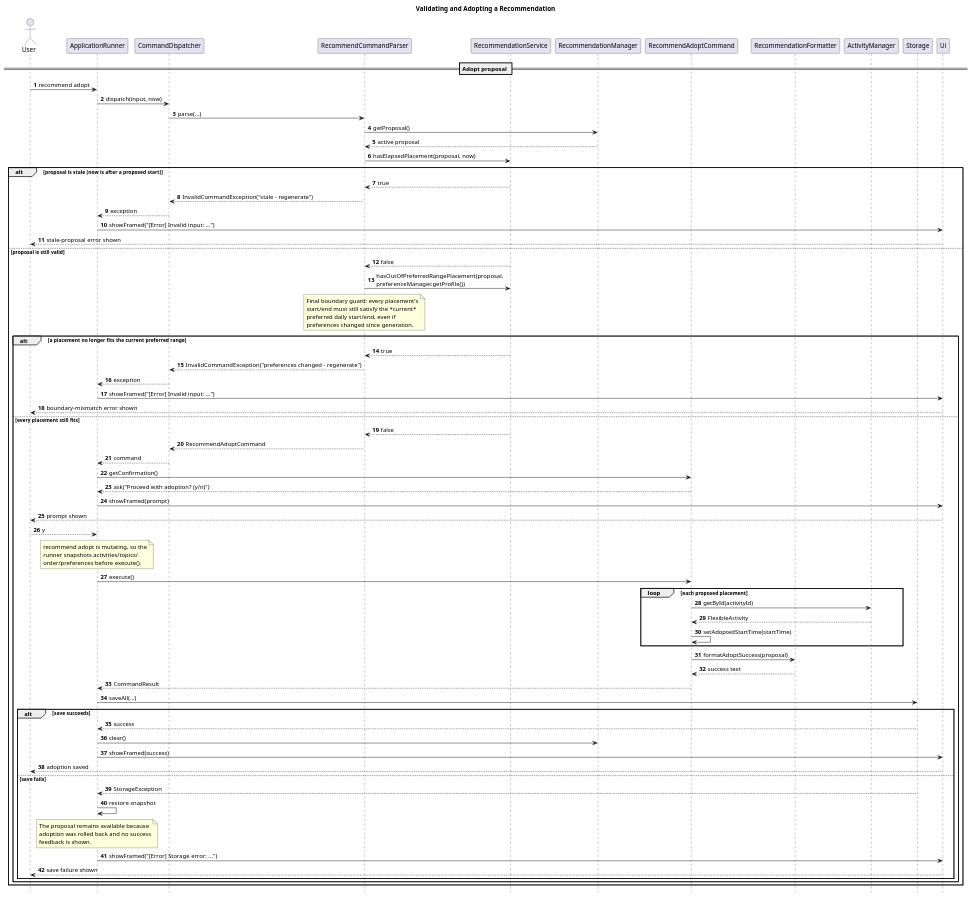
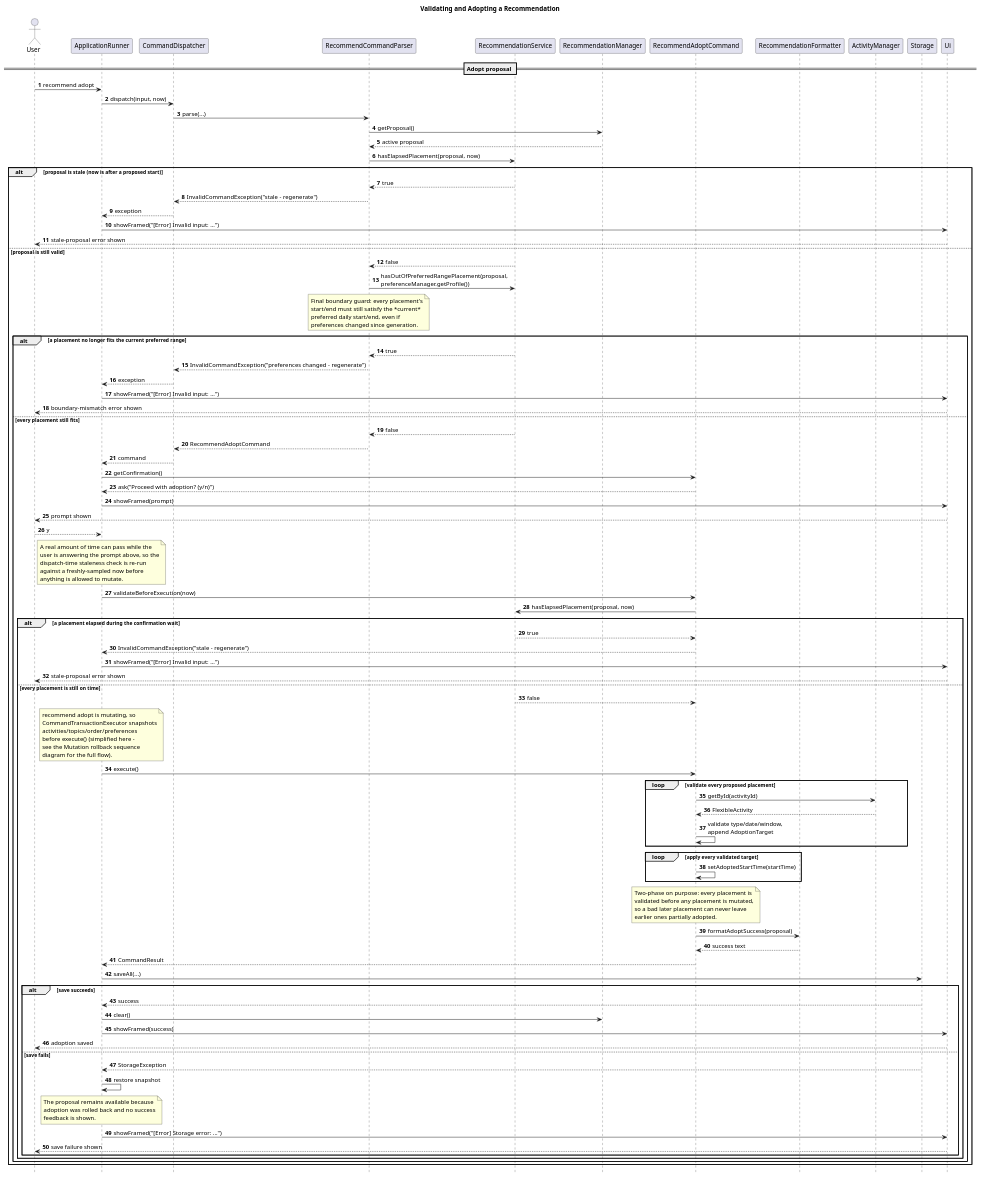
The diagram in docs/diagrams/sequence/RecommendationAdoptionSequence.puml (lukelouyu/SelfTeamProject), drawn with PlantUML before and after one commit. The commit also changed 2 other files, not shown here.

Commit message:
docs: fix adoption diagram's two-phase accuracy and add re-validation step
RecommendationAdoptionSequence.puml showed one interleaved
"validate-then-mutate" loop per placement, but RecommendAdoptCommand
actually validates every placement first (building AdoptionTarget
objects) and only mutates after the whole batch passes - two separate
loops, not one, so a bad later placement can never leave earlier ones
partially adopted. Split the loop to match, and added a note
explaining why. Also added the new validateBeforeExecution(now) step
(from the previous commit's fix) between confirmation and the
CommandTransactionExecutor snapshot, with its own stale-during-
confirmation-wait branch, and relabelled the snapshot note as a
simplified view of the CommandTransactionExecutor-owned flow (this
diagram deliberately omits that participant - see the dedicated
Mutation rollback sequence diagram for the full picture).

DeveloperGuide.md's adoption paragraph (Section 16) and editing
paragraph (Section 8) updated to describe the new re-validation step
in prose.

```diff
--- a/docs/diagrams/sequence/RecommendationAdoptionSequence.puml
+++ b/docs/diagrams/sequence/RecommendationAdoptionSequence.puml
@@ -1,97 +1,128 @@
 @startuml
 title Validating and Adopting a Recommendation
 
 skinparam shadowing false
 hide footbox
 autonumber
 
 actor User
 participant ApplicationRunner as Runner
 participant CommandDispatcher as Dispatcher
 participant RecommendCommandParser as Parser
 participant RecommendationService as Service
 participant RecommendationManager as ProposalStore
 participant RecommendAdoptCommand as Adopt
 participant RecommendationFormatter as Formatter
 participant ActivityManager as Manager
 participant Storage
 participant Ui
 
 == Adopt proposal ==
 
 User -> Runner : recommend adopt
 Runner -> Dispatcher : dispatch(input, now)
 Dispatcher -> Parser : parse(...)
 Parser -> ProposalStore : getProposal()
 ProposalStore --> Parser : active proposal
 Parser -> Service : hasElapsedPlacement(proposal, now)
 
 alt proposal is stale (now is after a proposed start)
   Service --> Parser : true
   Parser --> Dispatcher : InvalidCommandException("stale - regenerate")
   Dispatcher --> Runner : exception
   Runner -> Ui : showFramed("[Error] Invalid input: ...")
   Ui --> User : stale-proposal error shown
 else proposal is still valid
   Service --> Parser : false
   Parser -> Service : hasOutOfPreferredRangePlacement(proposal,\npreferenceManager.getProfile())
   note over Parser
     Final boundary guard: every placement's
     start/end must still satisfy the *current*
     preferred daily start/end, even if
     preferences changed since generation.
   end note
 
   alt a placement no longer fits the current preferred range
     Service --> Parser : true
     Parser --> Dispatcher : InvalidCommandException("preferences changed - regenerate")
     Dispatcher --> Runner : exception
     Runner -> Ui : showFramed("[Error] Invalid input: ...")
     Ui --> User : boundary-mismatch error shown
   else every placement still fits
     Service --> Parser : false
     Parser --> Dispatcher : RecommendAdoptCommand
     Dispatcher --> Runner : command
     Runner -> Adopt : getConfirmation()
     Adopt --> Runner : ask("Proceed with adoption? (y/n)")
     Runner -> Ui : showFramed(prompt)
     Ui --> User : prompt shown
     User --> Runner : y
 
     note over Runner
-      recommend adopt is mutating, so the
-      runner snapshots activities/topics/
-      order/preferences before execute().
+      A real amount of time can pass while the
+      user is answering the prompt above, so the
+      dispatch-time staleness check is re-run
+      against a freshly-sampled now before
+      anything is allowed to mutate.
     end note
+    Runner -> Adopt : validateBeforeExecution(now)
+    Adopt -> Service : hasElapsedPlacement(proposal, now)
 
-    Runner -> Adopt : execute()
-    loop each proposed placement
-      Adopt -> Manager : getById(activityId)
-      Manager --> Adopt : FlexibleActivity
-      Adopt -> Adopt : setAdoptedStartTime(startTime)
-    end
-    Adopt -> Formatter : formatAdoptSuccess(proposal)
-    Formatter --> Adopt : success text
-    Adopt --> Runner : CommandResult
-    Runner -> Storage : saveAll(...)
+    alt a placement elapsed during the confirmation wait
+      Service --> Adopt : true
+      Adopt --> Runner : InvalidCommandException("stale - regenerate")
+      Runner -> Ui : showFramed("[Error] Invalid input: ...")
+      Ui --> User : stale-proposal error shown
+    else every placement is still on time
+      Service --> Adopt : false
 
-    alt save succeeds
-      Storage --> Runner : success
-      Runner -> ProposalStore : clear()
-      Runner -> Ui : showFramed(success)
-      Ui --> User : adoption saved
-    else save fails
-      Storage --> Runner : StorageException
-      Runner -> Runner : restore snapshot
       note over Runner
-        The proposal remains available because
-        adoption was rolled back and no success
-        feedback is shown.
+        recommend adopt is mutating, so
+        CommandTransactionExecutor snapshots
+        activities/topics/order/preferences
+        before execute() (simplified here -
+        see the Mutation rollback sequence
+        diagram for the full flow).
       end note
-      Runner -> Ui : showFramed("[Error] Storage error: ...")
-      Ui --> User : save failure shown
+
+      Runner -> Adopt : execute()
+      loop validate every proposed placement
+        Adopt -> Manager : getById(activityId)
+        Manager --> Adopt : FlexibleActivity
+        Adopt -> Adopt : validate type/date/window,\nappend AdoptionTarget
+      end
+      loop apply every validated target
+        Adopt -> Adopt : setAdoptedStartTime(startTime)
+      end
+      note over Adopt
+        Two-phase on purpose: every placement is
+        validated before any placement is mutated,
+        so a bad later placement can never leave
+        earlier ones partially adopted.
+      end note
+      Adopt -> Formatter : formatAdoptSuccess(proposal)
+      Formatter --> Adopt : success text
+      Adopt --> Runner : CommandResult
+      Runner -> Storage : saveAll(...)
+
+      alt save succeeds
+        Storage --> Runner : success
+        Runner -> ProposalStore : clear()
+        Runner -> Ui : showFramed(success)
+        Ui --> User : adoption saved
+      else save fails
+        Storage --> Runner : StorageException
+        Runner -> Runner : restore snapshot
+        note over Runner
+          The proposal remains available because
+          adoption was rolled back and no success
+          feedback is shown.
+        end note
+        Runner -> Ui : showFramed("[Error] Storage error: ...")
+        Ui --> User : save failure shown
+      end
     end
   end
 end
 
 @enduml
```
